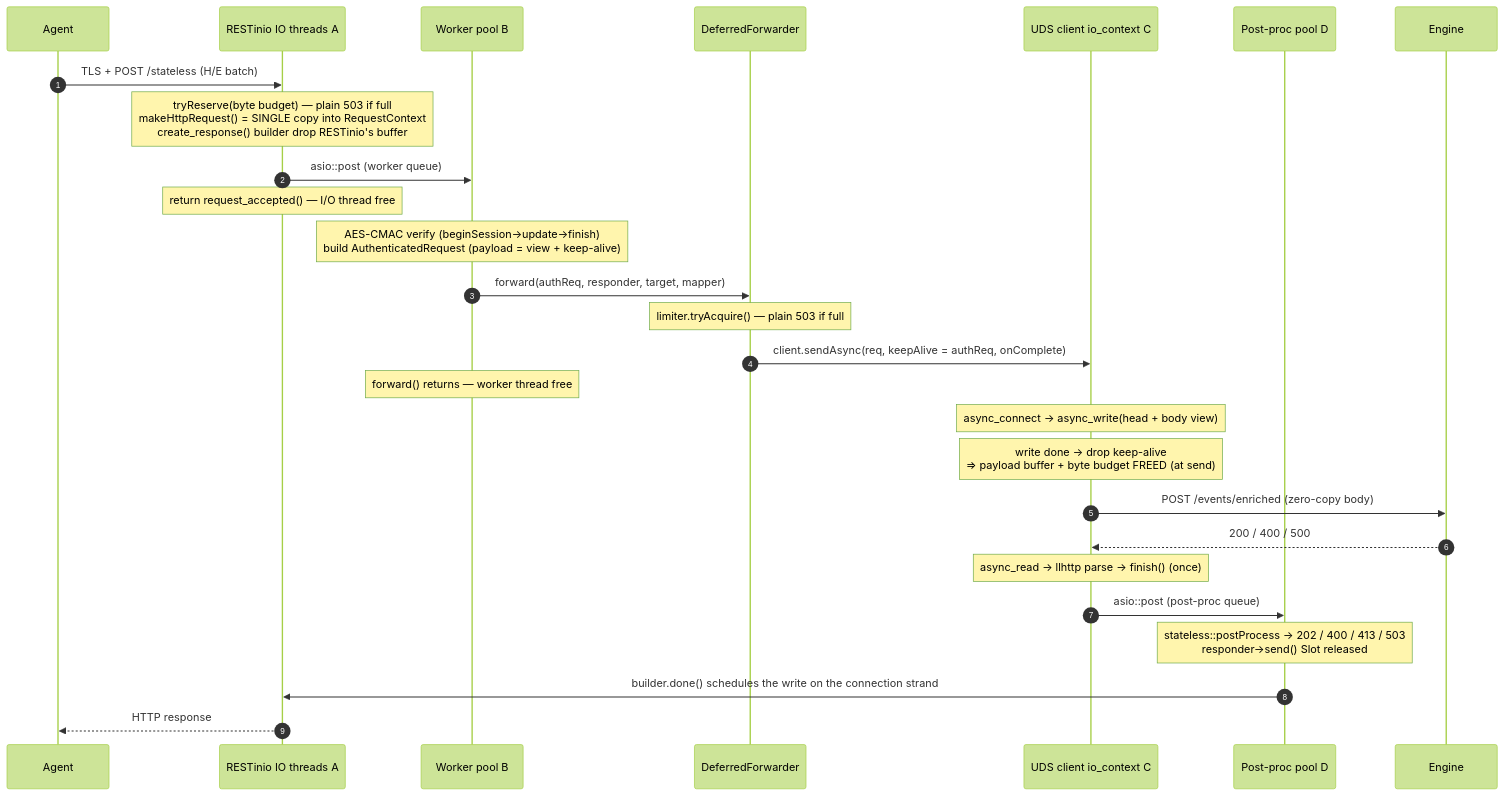
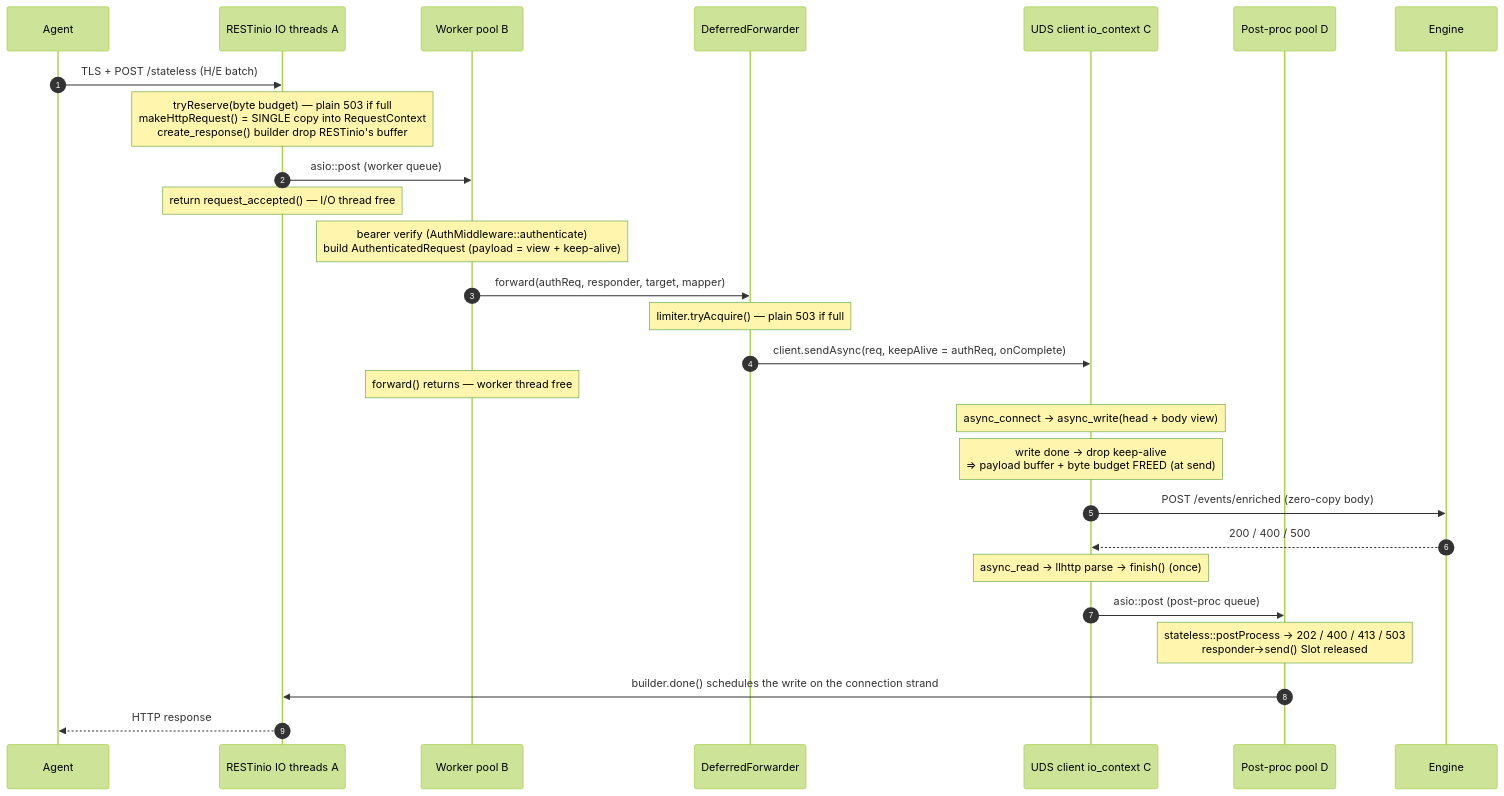
Before and after one commit to wazuh/wazuh: the fourth of 5 diagrams in src/remoted/remoted_module/README.md, drawn with Mermaid (forest theme). The commit also changed other lines of this file and 31 other files, not shown here.

````diff
--- a/src/remoted/remoted_module/README.md
+++ b/src/remoted/remoted_module/README.md
@@ -1341,30 +1335,30 @@
 ```mermaid
 sequenceDiagram
     autonumber
     participant Ag as Agent
     participant A as RESTinio IO threads A
     participant B as Worker pool B
     participant F as DeferredForwarder
     participant C as UDS client io_context C
     participant D as Post-proc pool D
     participant E as Engine
 
     Ag->>A: TLS + POST /stateless (H/E batch)
     Note over A: tryReserve(byte budget) — plain 503 if full<br/>makeHttpRequest() = SINGLE copy into RequestContext<br/>create_response() builder drop RESTinio's buffer
     A->>B: asio::post (worker queue)
     Note over A: return request_accepted() — I/O thread free
-    Note over B: AES-CMAC verify (beginSession→update→finish)<br/>build AuthenticatedRequest (payload = view + keep-alive)
+    Note over B: bearer verify (AuthMiddleware::authenticate)<br/>build AuthenticatedRequest (payload = view + keep-alive)
     B->>F: forward(authReq, responder, target, mapper)
     Note over F: limiter.tryAcquire() — plain 503 if full
     F->>C: client.sendAsync(req, keepAlive = authReq, onComplete)
     Note over B: forward() returns — worker thread free
     Note over C: async_connect → async_write(head + body view)
     Note over C: write done → drop keep-alive<br/>⇒ payload buffer + byte budget FREED (at send)
     C->>E: POST /events/enriched (zero-copy body)
     E-->>C: 200 / 400 / 500
     Note over C: async_read → llhttp parse → finish() (once)
     C->>D: asio::post (post-proc queue)
     Note over D: stateless::postProcess → 202 / 400 / 413 / 503<br/>responder->send() Slot released
     D->>A: builder.done() schedules the write on the connection strand
     A-->>Ag: HTTP response
 ```
````
